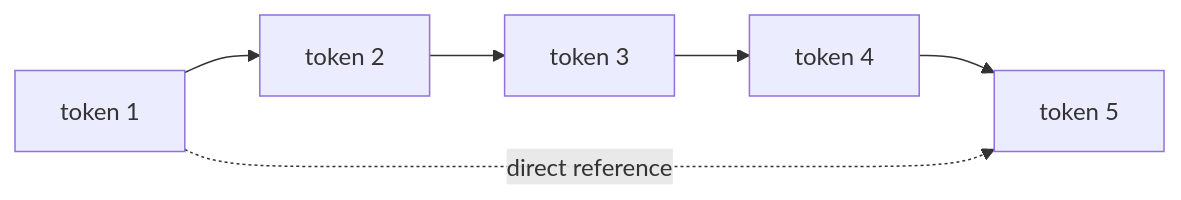
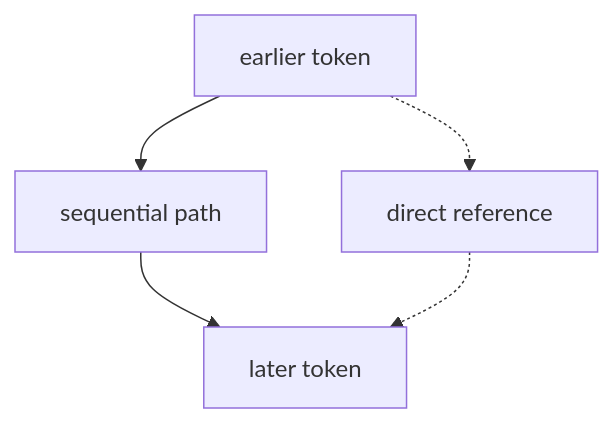
The diagram in docs/parts/part-04/chapter-14/section-02.md (devchan64/AiBook), drawn with Mermaid before and after one commit. The commit also changed other lines of this file and 35 other files, not shown here.

Commit message:
docs(part-04,part-05): strengthen cases and diagrams

````diff
--- a/docs/parts/part-04/chapter-14/section-02.md
+++ b/docs/parts/part-04/chapter-14/section-02.md
@@ -97,11 +97,12 @@
 ```mermaid
-flowchart LR
-  A["token 1"]
-  B["token 2"]
-  C["token 3"]
-  D["token 4"]
-  E["token 5"]
+flowchart TD
+  A["earlier token"]
+  B["sequential path"]
+  C["later token"]
+  D["direct reference"]
 
-  A --> B --> C --> D --> E
-  A -. direct reference .-> E
+  A --> B
+  B --> C
+  A -.-> D
+  D -.-> C
 ```
````
